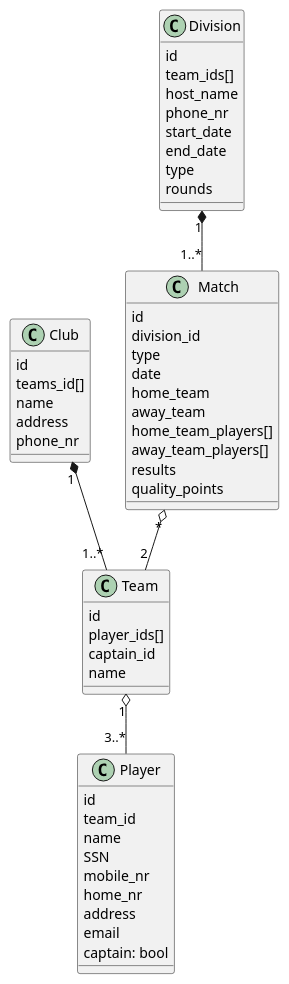
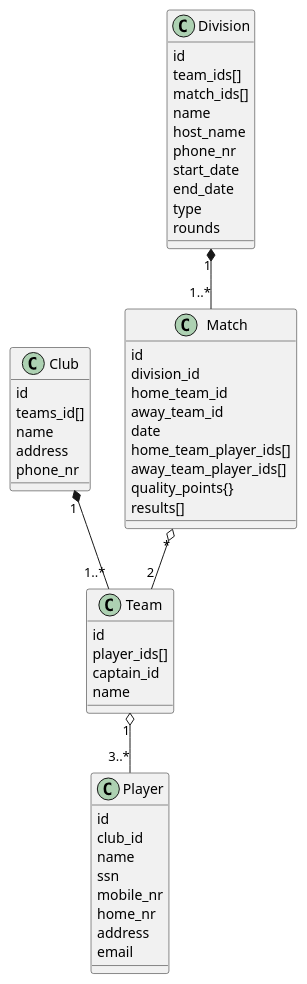
The diagram in Honnun/ClassDiagram/model_classes.puml (StankWizardLizard/VNL1-2022-HOPUR-28), drawn with PlantUML before and after one commit.

Commit message:
update model class diagram

```diff
--- a/Honnun/ClassDiagram/model_classes.puml
+++ b/Honnun/ClassDiagram/model_classes.puml
@@ -1,57 +1,57 @@
 @startuml lol
 
 
 Team "1" o-- "3..*" Player
 Club "1" *-- "1..*" Team 
 Match "*" o-- "2" Team 
 Division "1" *-- "1..*" Match  
 
 
 class Player {
-    id
-    team_id
-    name
-    SSN
+    id 
+    club_id
+    name 
+    ssn
     mobile_nr
     home_nr
     address
     email
-    captain: bool
 }
 class Club {
     id
     teams_id[]
     name
     address
     phone_nr
 }
 class Team {
     id
     player_ids[]
     captain_id
     name
 }
 class Division {
     id
     team_ids[]
+    match_ids[]
+    name
     host_name
     phone_nr
     start_date
     end_date
     type
     rounds
 }
 class Match {
     id
     division_id
-    type
+    home_team_id
+    away_team_id
     date
-    home_team
-    away_team
-    home_team_players[]
-    away_team_players[]
-    results
-    quality_points
+    home_team_player_ids[]
+    away_team_player_ids[]
+    quality_points{}
+    results[]
 }
 
 @enduml
```
